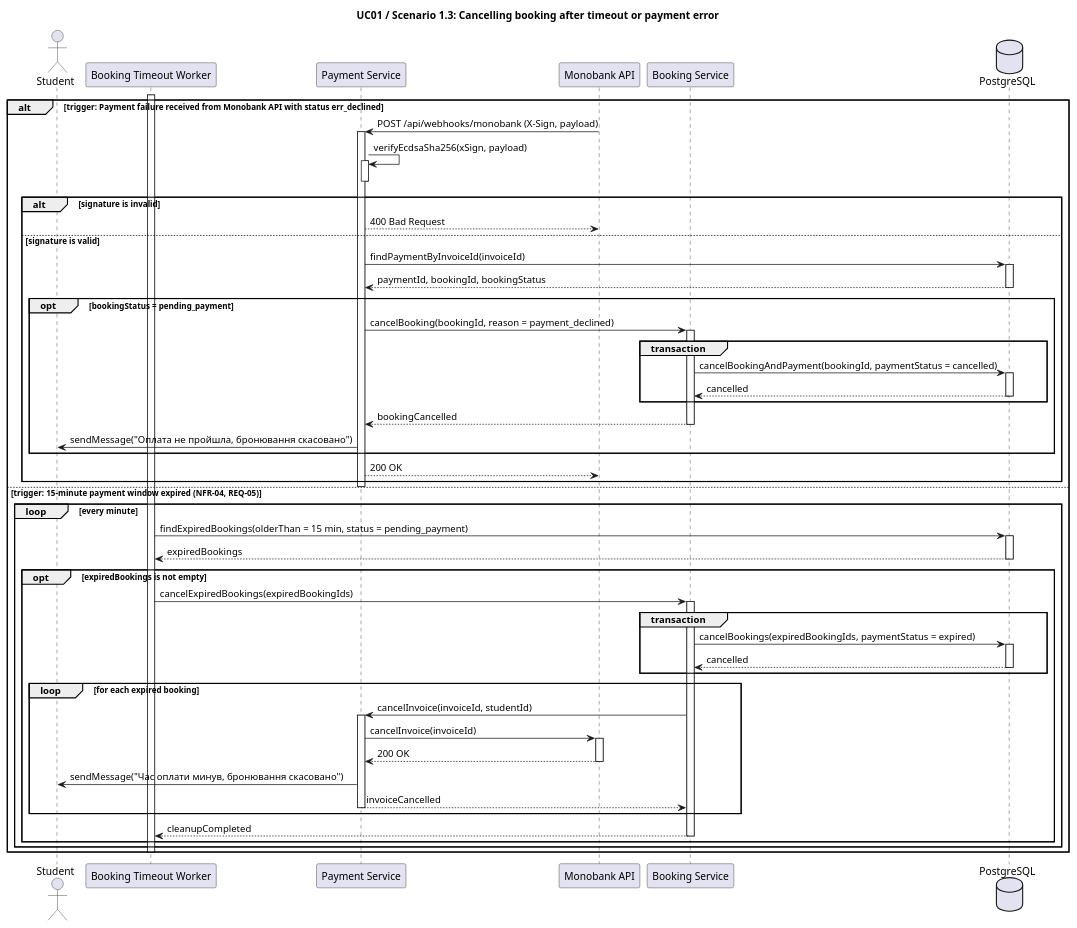
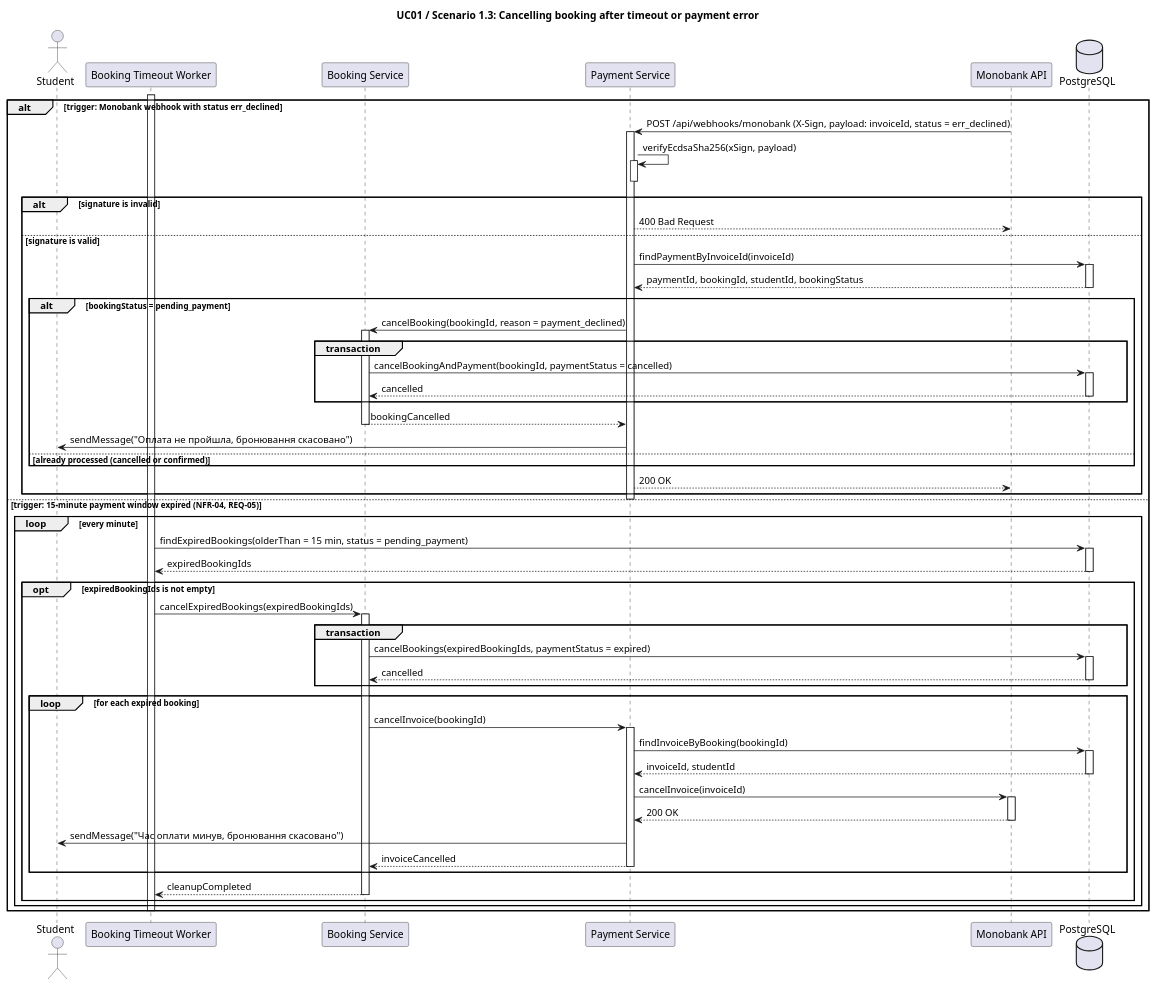
The diagram in lab3/1.3.puml (prashchukdanylo-stack/software-requirements-modeling-and-analysis), drawn with PlantUML before and after one commit. The commit also changed 3 other files, not shown here.

Commit message:
made some changes in first 3 diagrams, redone 1.4 diagram

```diff
--- a/lab3/1.3.puml
+++ b/lab3/1.3.puml
@@ -1,82 +1,90 @@
 @startuml
 title UC01 / Scenario 1.3: Cancelling booking after timeout or payment error
 
-
 actor "Student" as Student
 participant "Booking Timeout Worker" as Worker
+participant "Booking Service" as BookingService
 participant "Payment Service" as PaymentService
 participant "Monobank API" as MonobankAPI
-participant "Booking Service" as BookingService
 database "PostgreSQL" as DB
 
-alt trigger: Payment failure received from Monobank API with status err_declined
-    MonobankAPI -> PaymentService: POST /api/webhooks/monobank (X-Sign, payload)
+alt trigger: Monobank webhook with status err_declined
+    MonobankAPI -> PaymentService: POST /api/webhooks/monobank (X-Sign, payload: invoiceId, status = err_declined)
     activate PaymentService
 
     PaymentService -> PaymentService: verifyEcdsaSha256(xSign, payload)
     activate PaymentService
     deactivate PaymentService
 
     alt signature is invalid
         PaymentService --> MonobankAPI: 400 Bad Request
     else signature is valid
         PaymentService -> DB: findPaymentByInvoiceId(invoiceId)
         activate DB
-        DB --> PaymentService: paymentId, bookingId, bookingStatus
-        deactivate DB 
+        DB --> PaymentService: paymentId, bookingId, studentId, bookingStatus
+        deactivate DB
 
-        opt bookingStatus = pending_payment
+        alt bookingStatus = pending_payment
             PaymentService -> BookingService: cancelBooking(bookingId, reason = payment_declined)
             activate BookingService
             group transaction
                 BookingService -> DB: cancelBookingAndPayment(bookingId, paymentStatus = cancelled)
                 activate DB
                 DB --> BookingService: cancelled
                 deactivate DB
             end
             BookingService --> PaymentService: bookingCancelled
             deactivate BookingService
             PaymentService -> Student: sendMessage("Оплата не пройшла, бронювання скасовано")
+        else already processed (cancelled or confirmed)
+            note right: no changes
         end
         PaymentService --> MonobankAPI: 200 OK
     end
     deactivate PaymentService
+
 else trigger: 15-minute payment window expired (NFR-04, REQ-05)
     activate Worker
     loop every minute
         Worker -> DB: findExpiredBookings(olderThan = 15 min, status = pending_payment)
         activate DB
-        DB --> Worker: expiredBookings
+        DB --> Worker: expiredBookingIds
         deactivate DB
 
-        opt expiredBookings is not empty
+        opt expiredBookingIds is not empty
             Worker -> BookingService: cancelExpiredBookings(expiredBookingIds)
             activate BookingService
 
             group transaction
                 BookingService -> DB: cancelBookings(expiredBookingIds, paymentStatus = expired)
                 activate DB
                 DB --> BookingService: cancelled
                 deactivate DB
             end
 
             loop for each expired booking
-                BookingService -> PaymentService: cancelInvoice(invoiceId, studentId)
+                BookingService -> PaymentService: cancelInvoice(bookingId)
                 activate PaymentService
+
+                PaymentService -> DB: findInvoiceByBooking(bookingId)
+                activate DB
+                DB --> PaymentService: invoiceId, studentId
+                deactivate DB
+
                 PaymentService -> MonobankAPI: cancelInvoice(invoiceId)
                 activate MonobankAPI
                 MonobankAPI --> PaymentService: 200 OK
                 deactivate MonobankAPI
+
                 PaymentService -> Student: sendMessage("Час оплати минув, бронювання скасовано")
                 PaymentService --> BookingService: invoiceCancelled
                 deactivate PaymentService
             end
 
             BookingService --> Worker: cleanupCompleted
             deactivate BookingService
         end
     end
-    
     deactivate Worker
 end
 @enduml
```
